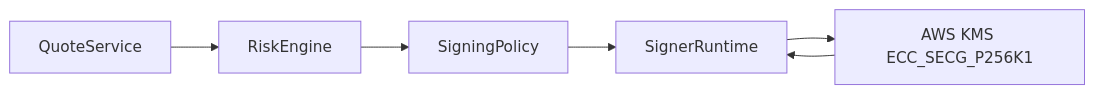
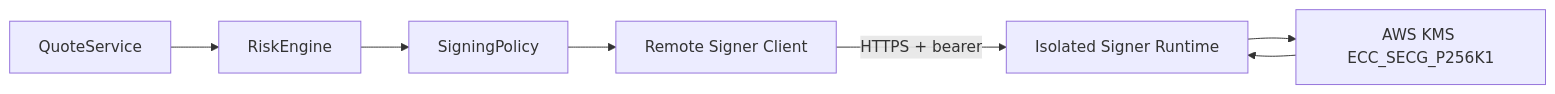
One commit to alvis-ai/production-grade-web3-rfq-market-maker changed the diagram in docs/security/key-management.md. Above: the diagram before and after it, drawn with Mermaid. The commit also changed other lines of this file and 55 other files, not shown here.

````diff
--- a/docs/security/key-management.md
+++ b/docs/security/key-management.md
@@ -20,8 +20,9 @@
 ```mermaid
 flowchart LR
   QuoteService --> RiskEngine
   RiskEngine --> SigningPolicy
-  SigningPolicy --> SignerRuntime
+  SigningPolicy --> RemoteSigner[Remote Signer Client]
+  RemoteSigner -->|HTTPS + bearer| SignerRuntime[Isolated Signer Runtime]
   SignerRuntime --> KMS[AWS KMS ECC_SECG_P256K1]
   KMS --> SignerRuntime
 ```
````
